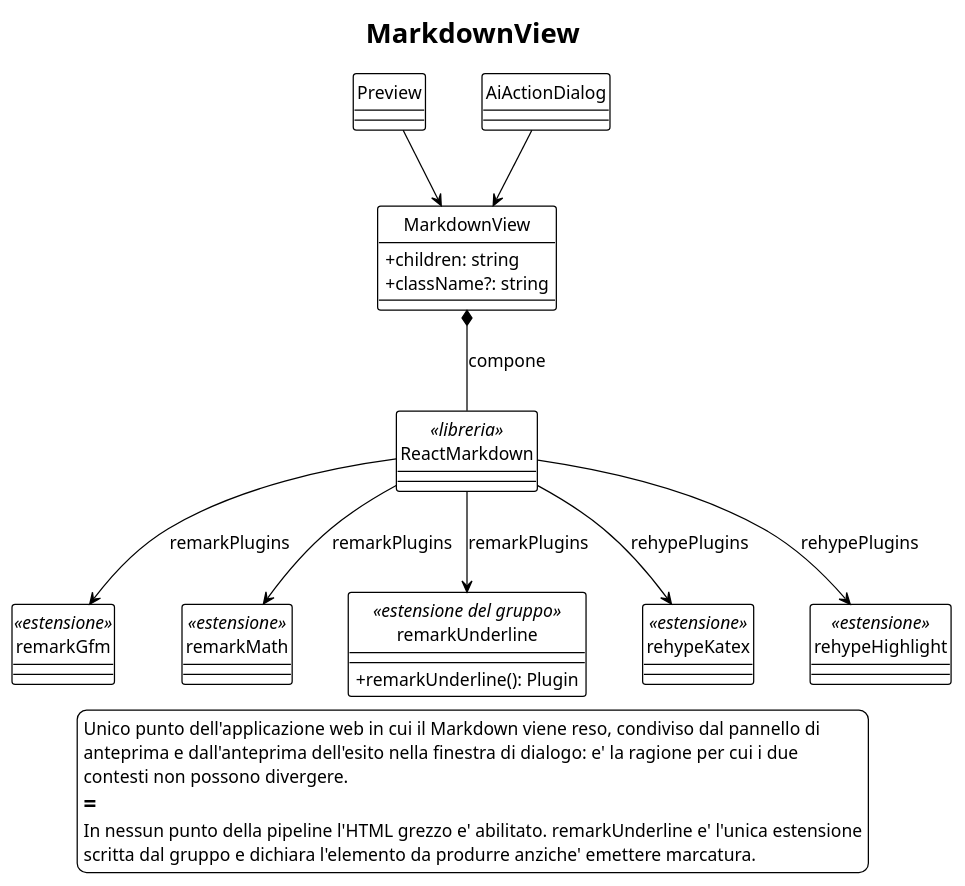
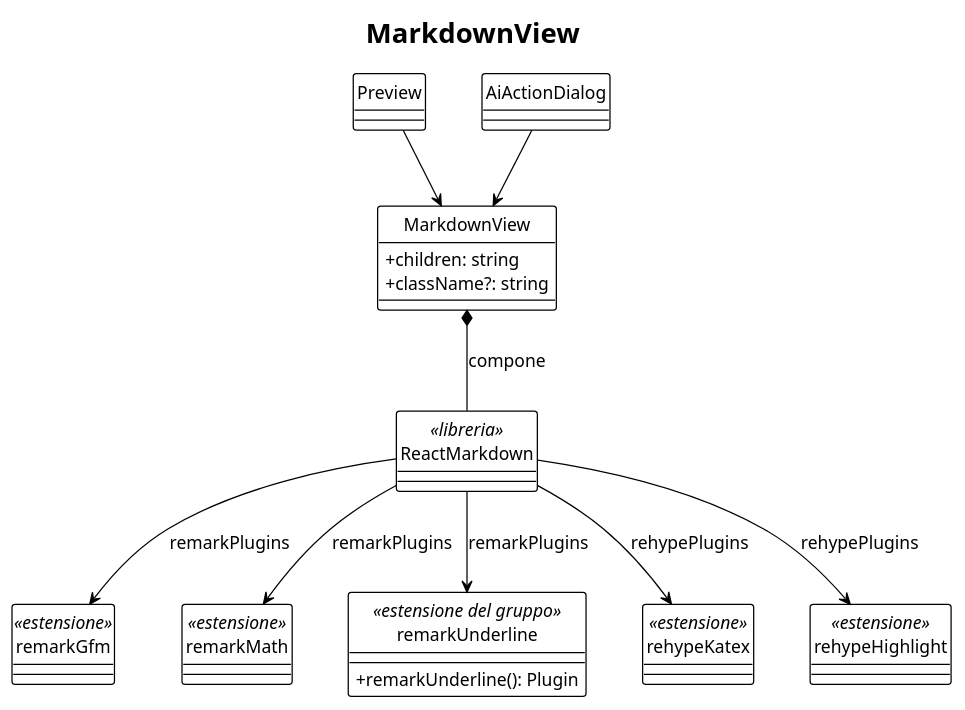
Before and after one commit to thebitless-group-swe/thebitless.github.io: the diagram in PB/doc_esterna/specifica_tecnica/assets/plantuml/UML3.3.2-7.puml, drawn with PlantUML. The commit also changed 35 other files, not shown here.

```diff
--- a/PB/doc_esterna/specifica_tecnica/assets/plantuml/UML3.3.2-7.puml
+++ b/PB/doc_esterna/specifica_tecnica/assets/plantuml/UML3.3.2-7.puml
@@ -1,62 +1,53 @@
 @startuml
 !theme plain
 hide circle
 skinparam classAttributeIconSize 0
 skinparam shadowing false
 skinparam nodesep 45
 skinparam ranksep 60
 skinparam defaultFontSize 14
 
 title MarkdownView
 
 top to bottom direction
 
 class MarkdownView {
   + children: string
   + className?: string
 }
 
 class Preview {
 }
 
 class AiActionDialog {
 }
 
 class ReactMarkdown <<libreria>> {
 }
 
 class remarkGfm <<estensione>> {
 }
 
 class remarkMath <<estensione>> {
 }
 
 class remarkUnderline <<estensione del gruppo>> {
   + remarkUnderline(): Plugin
 }
 
 class rehypeKatex <<estensione>> {
 }
 
 class rehypeHighlight <<estensione>> {
 }
 
 Preview --> MarkdownView
 AiActionDialog --> MarkdownView
 MarkdownView *-- ReactMarkdown : compone
 ReactMarkdown --> remarkGfm : remarkPlugins
 ReactMarkdown --> remarkMath : remarkPlugins
 ReactMarkdown --> remarkUnderline : remarkPlugins
 ReactMarkdown --> rehypeKatex : rehypePlugins
 ReactMarkdown --> rehypeHighlight : rehypePlugins
 
-legend bottom
-  Unico punto dell'applicazione web in cui il Markdown viene reso, condiviso dal pannello di
-  anteprima e dall'anteprima dell'esito nella finestra di dialogo: e' la ragione per cui i due
-  contesti non possono divergere.
-  ==
-  In nessun punto della pipeline l'HTML grezzo e' abilitato. remarkUnderline e' l'unica estensione
-  scritta dal gruppo e dichiara l'elemento da produrre anziche' emettere marcatura.
-endlegend
-
 @enduml
```
